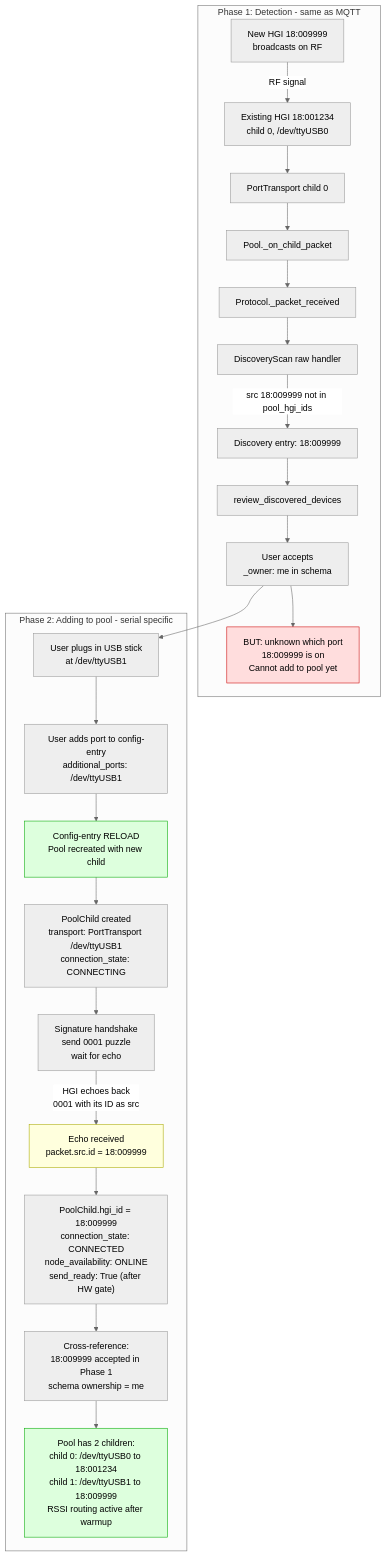
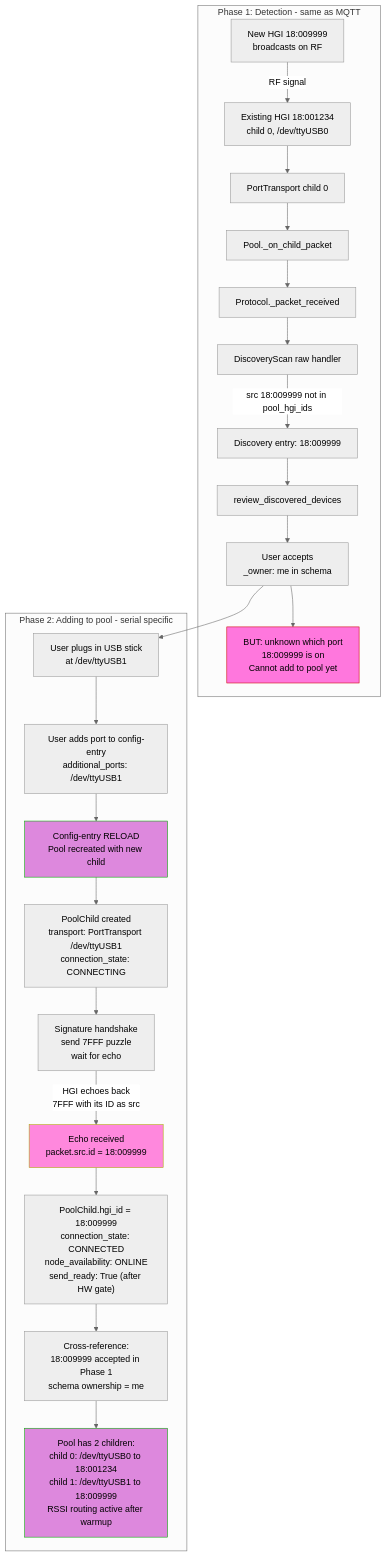
The diagram in docs/diagrams/03c_adding_serial_usb.md (silverailscolo/ramses_cc), drawn with Mermaid (neutral theme) before and after one commit. The commit also changed other lines of this file and 6 other files, not shown here.

First line of the commit message:
docs: improve diagram color contrast, fix dedup key and puzzle code

````diff
--- a/docs/diagrams/03c_adding_serial_usb.md
+++ b/docs/diagrams/03c_adding_serial_usb.md
@@ -6,36 +6,36 @@
 ```mermaid
 flowchart TD
     subgraph Phase1["Phase 1: Detection - same as MQTT"]
         NewHGI["New HGI 18:009999<br/>broadcasts on RF"]
         ExistingHGI["Existing HGI 18:001234<br/>child 0, /dev/ttyUSB0"]
         NewHGI -->|"RF signal"| ExistingHGI
         ExistingHGI --> PortTransport0["PortTransport child 0"]
         PortTransport0 --> Pool1["Pool._on_child_packet"]
         Pool1 --> Proto1["Protocol._packet_received"]
         Proto1 --> Scan1["DiscoveryScan raw handler"]
         Scan1 -->|"src 18:009999 not in pool_hgi_ids"| Entry1["Discovery entry: 18:009999"]
         Entry1 --> Review1["review_discovered_devices"]
         Review1 --> Accept1["User accepts<br/>_owner: me in schema"]
         Accept1 --> Note1["BUT: unknown which port<br/>18:009999 is on<br/>Cannot add to pool yet"]
     end
 
     subgraph Phase2["Phase 2: Adding to pool - serial specific"]
         Plug["User plugs in USB stick<br/>at /dev/ttyUSB1"]
         Plug --> Config["User adds port to config-entry<br/>additional_ports: /dev/ttyUSB1"]
         Config --> Reload["Config-entry RELOAD<br/>Pool recreated with new child"]
         Reload --> Factory["PoolChild created<br/>transport: PortTransport /dev/ttyUSB1<br/>connection_state: CONNECTING"]
 
-        Factory --> Handshake["Signature handshake<br/>send 0001 puzzle<br/>wait for echo"]
-        Handshake -->|"HGI echoes back<br/>0001 with its ID as src"| Echo["Echo received<br/>packet.src.id = 18:009999"]
+        Factory --> Handshake["Signature handshake<br/>send 7FFF puzzle<br/>wait for echo"]
+        Handshake -->|"HGI echoes back<br/>7FFF with its ID as src"| Echo["Echo received<br/>packet.src.id = 18:009999"]
         Echo --> SetHgi["PoolChild.hgi_id = 18:009999<br/>connection_state: CONNECTED<br/>node_availability: ONLINE<br/>send_ready: True (after HW gate)"]
         SetHgi --> CrossRef["Cross-reference:<br/>18:009999 accepted in Phase 1<br/>schema ownership = me"]
         CrossRef --> Done["Pool has 2 children:<br/>child 0: /dev/ttyUSB0 to 18:001234<br/>child 1: /dev/ttyUSB1 to 18:009999<br/>RSSI routing active after warmup"]
     end
 
     Accept1 --> Plug
 
-    style Note1 fill:#fdd,stroke:#c00
-    style Done fill:#dfd,stroke:#0a0
-    style Echo fill:#ffd,stroke:#aa0
-    style Reload fill:#dfd,stroke:#0a0
+    style Note1 fill:#f7d,stroke:#c00
+    style Done fill:#d8d,stroke:#0a0
+    style Echo fill:#f8d,stroke:#aa0
+    style Reload fill:#d8d,stroke:#0a0
 ```
````
